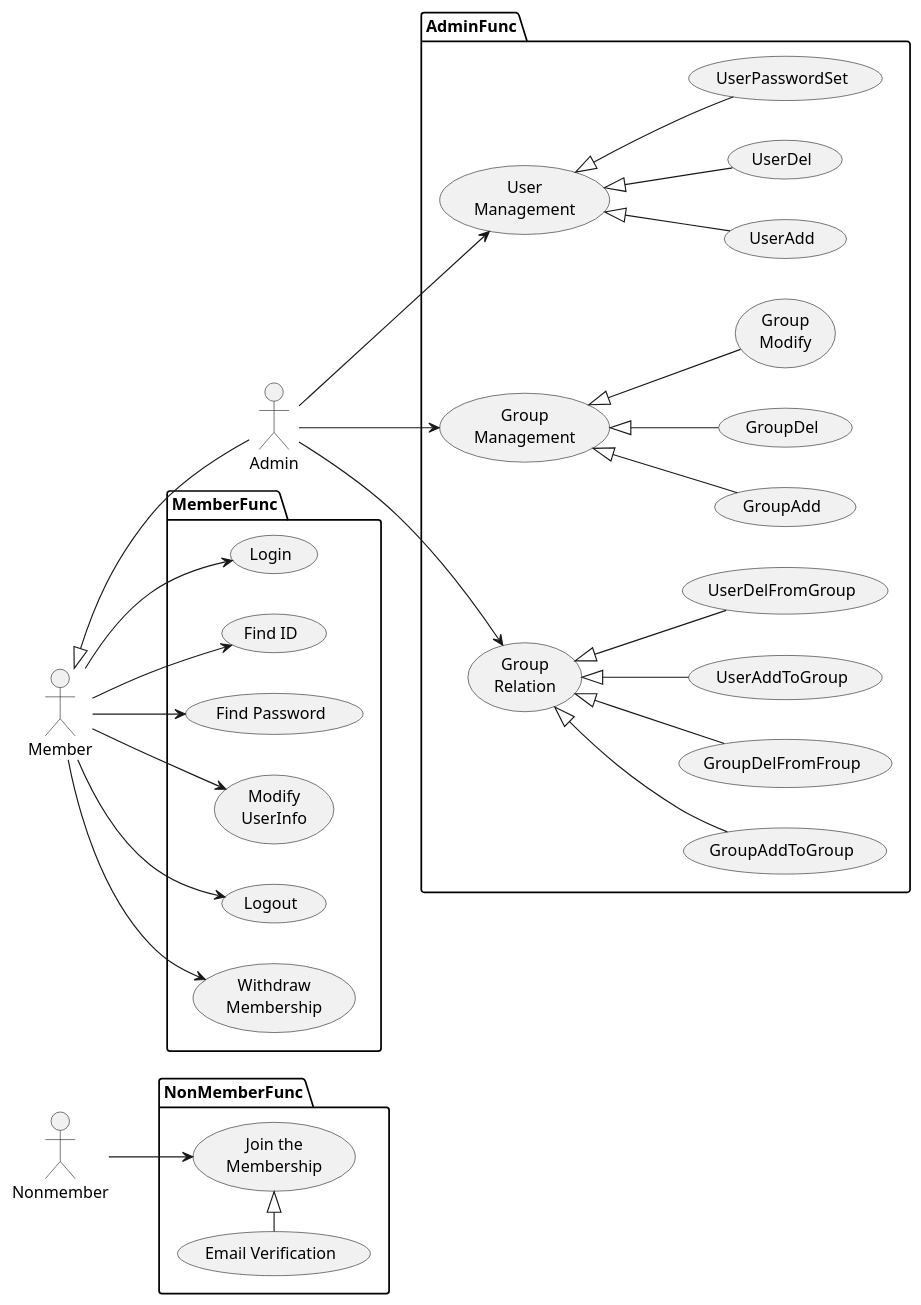
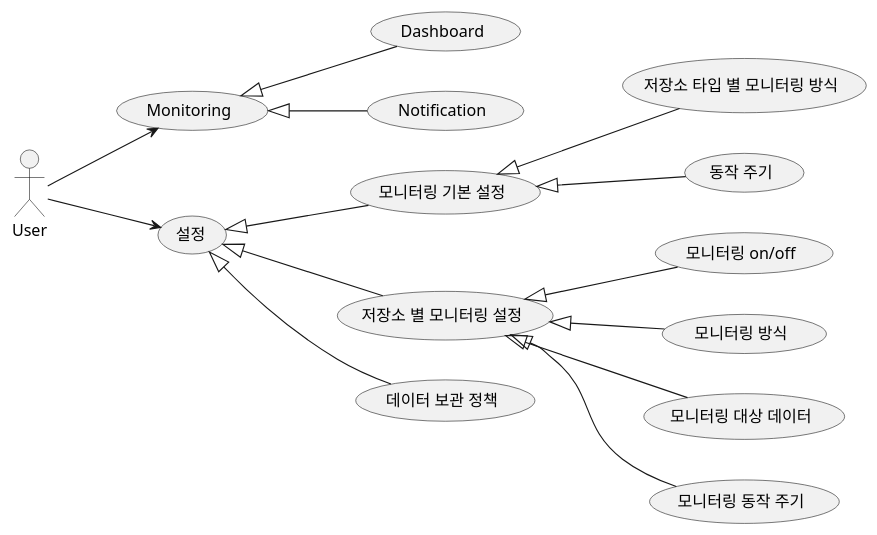
The first of 5 diagrams in docs/arch/monitoring.md (DataFabricTech/DataFabricPlatform), drawn with PlantUML before and after one commit. The commit also changed other lines of this file and 7 other files, not shown here.

````diff
--- a/docs/arch/monitoring.md
+++ b/docs/arch/monitoring.md
@@ -11,66 +15,36 @@
 ```plantuml
-@startuml vdap_usecase
+@startuml
 allowmixing
 left to right direction
-actor Nonmember
-actor Member
-actor Admin
+actor "User" as user
 
-package NonMemberFunc{
-  usecase "Join the\nMembership" as join
-  usecase "Email Verification" as email_verification
-  email_verification -right-|> join
-}
+usecase "Monitoring" as monitoring
+usecase "Dashboard" as dashboard
+usecase "Notification" as noti
+monitoring <|-- dashboard
+monitoring <|-- noti
 
-package MemberFunc{
-  usecase "Login" as login
-  usecase "Find ID" as find_id
-  usecase "Find Password" as find_pw
-  usecase "Modify\nUserInfo" as modify_user_info
-  usecase "Logout" as logout
-  usecase "Withdraw\nMembership" as withdraw
-}
+usecase "설정" as setting
+usecase "모니터링 기본 설정" as def_setup
+usecase "저장소 타입 별 모니터링 방식" as def_monitoring_setup
+usecase "동작 주기" as def_period
+setting <|-- def_setup
+def_setup <|-- def_monitoring_setup
+def_setup <|-- def_period
+usecase "저장소 별 모니터링 설정" as specific_setup
+usecase "모니터링 on/off" as enable
+usecase "모니터링 방식" as func
+usecase "모니터링 대상 데이터" as filter
+usecase "모니터링 동작 주기" as period
+setting <|-- specific_setup
+specific_setup <|-- enable
+specific_setup <|-- func
+specific_setup <|-- filter
+specific_setup <|-- period
+usecase "데이터 보관 정책" as retention
+setting <|-- retention
 
-package AdminFunc{
-  usecase "User\nManagement" as user_management
-  usecase "UserAdd" as user_add
-  usecase "UserDel" as user_del
-  usecase "UserPasswordSet" as user_password_set
-  user_management <|-down- user_add
-  user_management <|-down- user_del
-  user_management <|-down- user_password_set 
-  usecase "Group\nManagement" as group_management
-  usecase "GroupAdd" as group_add
-  usecase "GroupDel" as group_del
-  usecase "Group\nModify" as group_modify
-  group_management <|-- group_add 
-  group_management <|-- group_del
-  group_management <|-- group_modify
-  usecase "Group\nRelation" as group_relation
-  usecase "GroupAddToGroup" as group_add_group
-  usecase "GroupDelFromFroup" as group_del_group
-  usecase "UserAddToGroup" as user_add_group
-  usecase "UserDelFromGroup" as user_del_group
-  group_relation <|-- group_add_group
-  group_relation <|-- group_del_group
-  group_relation <|-- user_add_group
-  group_relation <|-- user_del_group
-}
-
-Nonmember --> join
-
-Member --> login
-Member --> find_id
-Member --> find_pw
-Member --> logout
-Member --> modify_user_info
-Member --> withdraw
-
-Member <|-- Admin
-
-Admin --> user_management
-Admin --> group_management
-Admin --> group_relation
-
+user --> monitoring
+user --> setting
 @enduml
 ```
````
